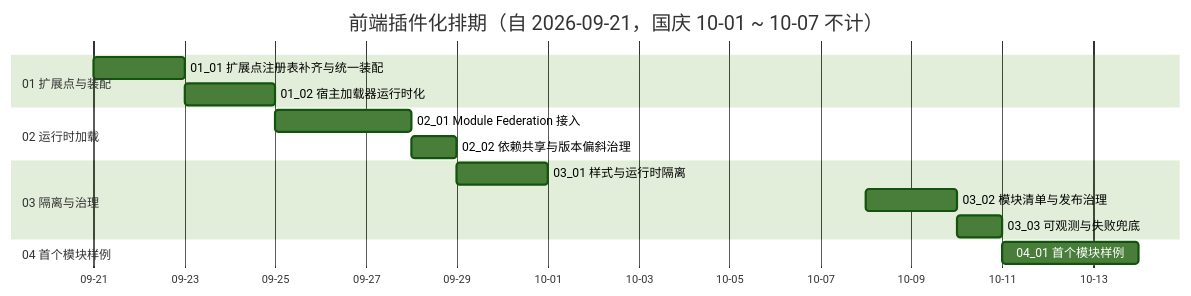
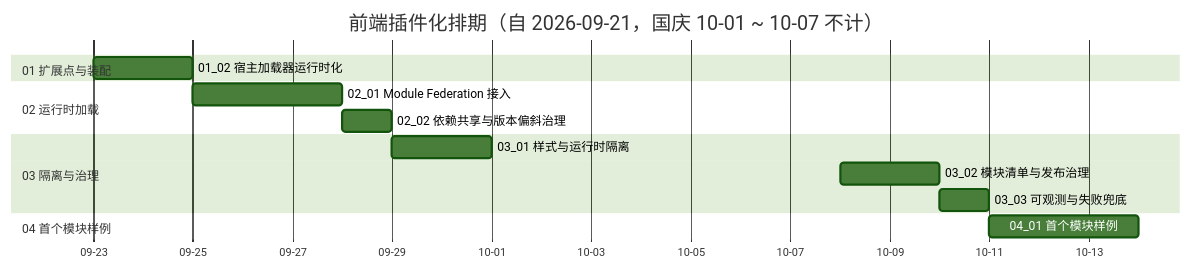
One commit to minjian123/basic-management-system changed the diagram in bms文档/项目/05_前端插件化/计划/01_计划_前端插件化.md. Above: the diagram before and after it, drawn with Mermaid (forest theme). The commit also changed other lines of this file and 9 other files, not shown here.

````diff
--- a/bms文档/项目/05_前端插件化/计划/01_计划_前端插件化.md
+++ b/bms文档/项目/05_前端插件化/计划/01_计划_前端插件化.md
@@ -43,19 +42,18 @@
 ```mermaid
 gantt
     title 前端插件化排期（自 2026-09-21，国庆 10-01 ~ 10-07 不计）
     dateFormat YYYY-MM-DD
     axisFormat %m-%d
     tickInterval 2day
     section 01 扩展点与装配
-    01_01 扩展点注册表补齐与统一装配 :a1, 2026-09-21, 2d
-    01_02 宿主加载器运行时化 :a2, after a1, 2d
+    01_02 宿主加载器运行时化 :a2, 2026-09-23, 2d
     section 02 运行时加载
     02_01 Module Federation 接入 :a3, after a2, 3d
     02_02 依赖共享与版本偏斜治理 :a4, after a3, 1d
     section 03 隔离与治理
     03_01 样式与运行时隔离 :a5, after a4, 2d
     03_02 模块清单与发布治理 :a6, 2026-10-08, 2d
     03_03 可观测与失败兜底 :a7, after a6, 1d
     section 04 首个模块样例
     04_01 首个模块样例 :a8, after a7, 3d
 ```
````
